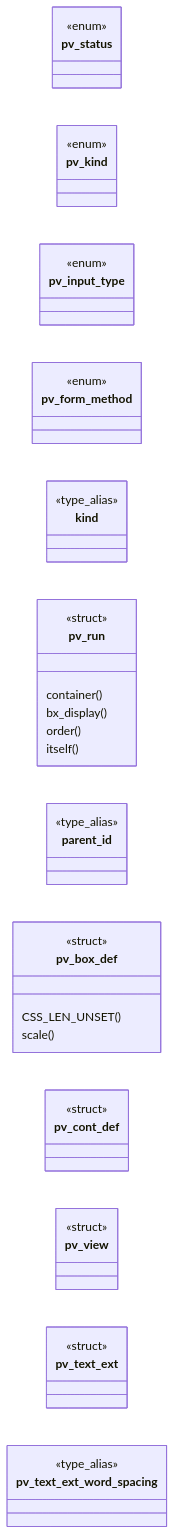
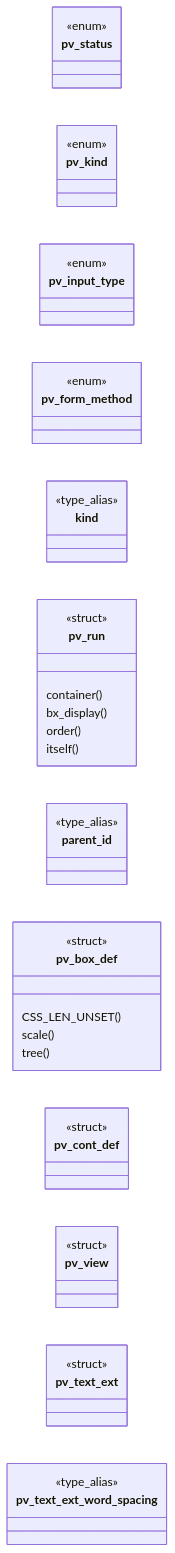
One commit to grisuno/FreeDom changed the first of 2 diagrams in readmenator-apidocs/modules/include.page_view.h.md. Above: the diagram before and after it, drawn with Mermaid. The commit also changed other lines of this file and 1370 other files, not shown here.

````diff
--- a/readmenator-apidocs/modules/include.page_view.h.md
+++ b/readmenator-apidocs/modules/include.page_view.h.md
@@ -15,36 +15,37 @@
 ```mermaid
 classDiagram
     direction LR
     class pv_status
     <<enum>> pv_status
     class pv_kind
     <<enum>> pv_kind
     class pv_input_type
     <<enum>> pv_input_type
     class pv_form_method
     <<enum>> pv_form_method
     class kind
     <<type_alias>> kind
     class pv_run
     <<struct>> pv_run
     pv_run : container()
     pv_run : bx_display()
     pv_run : order()
     pv_run : itself()
     class parent_id
     <<type_alias>> parent_id
     class pv_box_def
     <<struct>> pv_box_def
     pv_box_def : CSS_LEN_UNSET()
     pv_box_def : scale()
+    pv_box_def : tree()
     class parent_id
     <<type_alias>> parent_id
     class pv_cont_def
     <<struct>> pv_cont_def
     class pv_view
     <<struct>> pv_view
     class pv_text_ext
     <<struct>> pv_text_ext
     class pv_text_ext_word_spacing
     <<type_alias>> pv_text_ext_word_spacing
 ```
````
